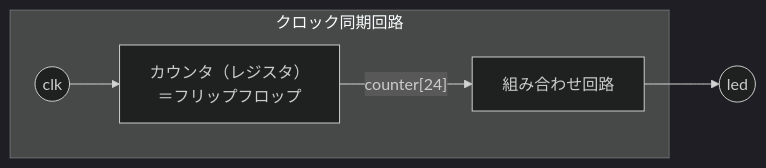
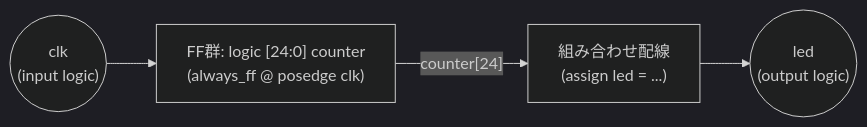
One commit to sokoide/tangnano_6502_cpu changed the third of 3 diagrams in day01_completed/README_ja.md. Above: the diagram before and after it, drawn with Mermaid (dark theme). The commit also changed other lines of this file and 15 other files, not shown here.

````diff
--- a/day01_completed/README_ja.md
+++ b/day01_completed/README_ja.md
@@ -100,8 +203,6 @@
 ```mermaid
 flowchart LR
-  subgraph クロック同期回路
-    clk((clk)) --> ff[カウンタ（レジスタ）<br/>＝フリップフロップ]
-    ff -->|"counter[24]"| comb[組み合わせ回路]
-  end
-  comb --> led((led))
+  CLK(("clk<br/>(input logic)")) --> FF["FF群: logic [24:0] counter<br/>(always_ff @ posedge clk)"]
+  FF -->|"counter[24]"| COMB["組み合わせ配線<br/>(assign led = ...)"]
+  COMB --> LED(("led<br/>(output logic)"))
 ```
````
